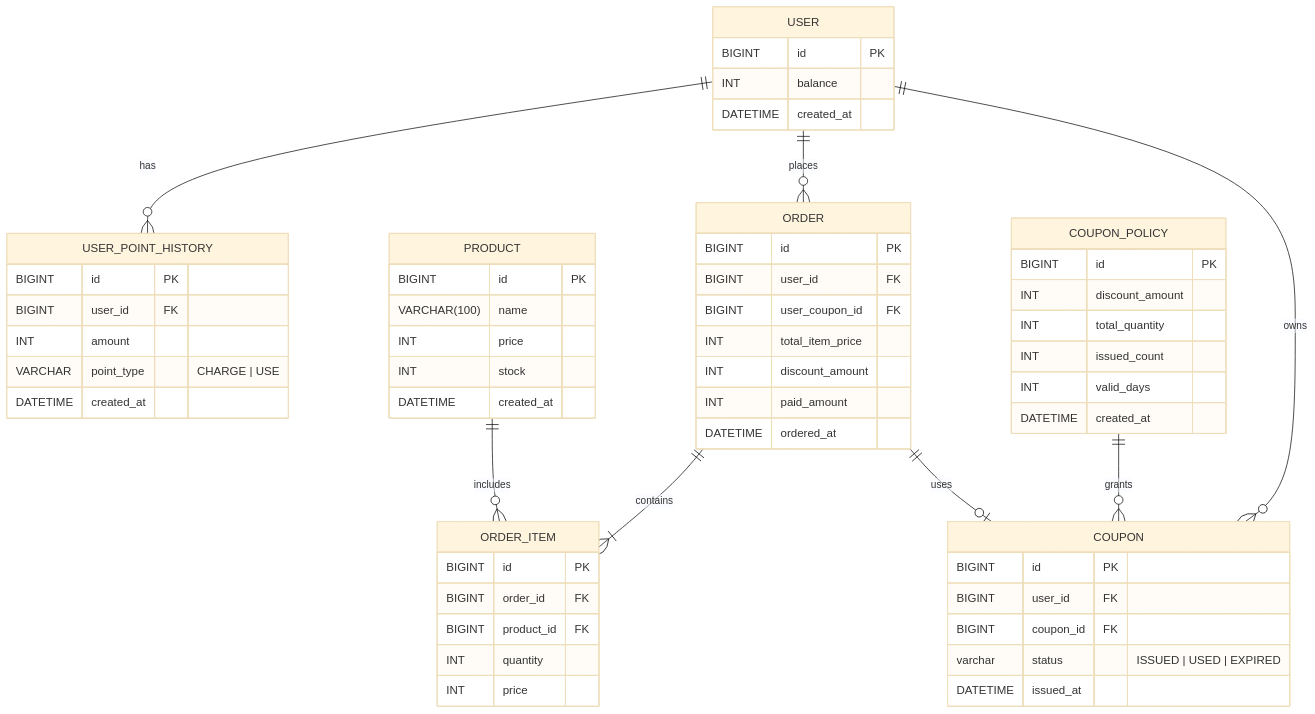
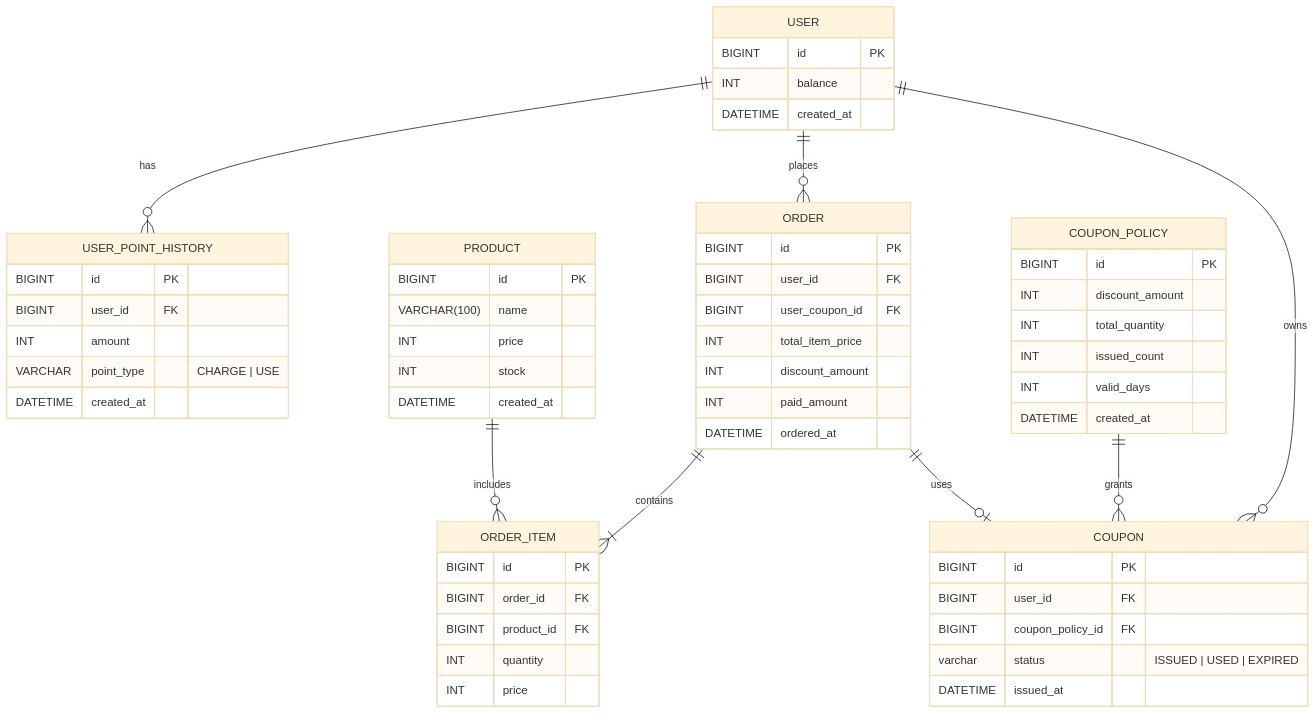
The diagram in docs/03_entity_relationship_diagram.md (eunsol-an/e-commerce-server), drawn with Mermaid (base theme) before and after one commit. The commit also changed other lines of this file, not shown here.

Commit message:
fix: coupon, order 테이블 수정

````diff
--- a/docs/03_entity_relationship_diagram.md
+++ b/docs/03_entity_relationship_diagram.md
@@ -16,69 +16,69 @@
 ```mermaid
 erDiagram
     USER {
         BIGINT id PK
         INT balance
         DATETIME created_at
     }
 
     USER_POINT_HISTORY {
         BIGINT id PK
         BIGINT user_id FK
         INT amount
         VARCHAR point_type "CHARGE | USE"
         DATETIME created_at
     }
 
     PRODUCT {
         BIGINT id PK
         VARCHAR(100) name
         INT price
         INT stock
         DATETIME created_at
     }
 
     "ORDER" {
         BIGINT id PK
         BIGINT user_id FK
         BIGINT user_coupon_id FK
         INT total_item_price
         INT discount_amount
         INT paid_amount
         DATETIME ordered_at
     }
 
     ORDER_ITEM {
         BIGINT id PK
         BIGINT order_id FK
         BIGINT product_id FK
         INT quantity
         INT price
     }
 
     COUPON_POLICY {
         BIGINT id PK
         INT discount_amount
         INT total_quantity
         INT issued_count
         INT valid_days
         DATETIME created_at
     }
 
     COUPON {
         BIGINT id PK
         BIGINT user_id FK
-        BIGINT coupon_id FK
+        BIGINT coupon_policy_id FK
         varchar status "ISSUED | USED | EXPIRED"
         DATETIME issued_at
     }
 
     %% 관계 설정
     USER ||--o{ USER_POINT_HISTORY : has
     USER ||--o{ "ORDER" : places
     USER ||--o{ COUPON : owns
     PRODUCT ||--o{ ORDER_ITEM : includes
     "ORDER" ||--|{ ORDER_ITEM : contains
     "ORDER" ||--o| COUPON : uses
     COUPON_POLICY ||--o{ COUPON : grants
 
 ```
````
